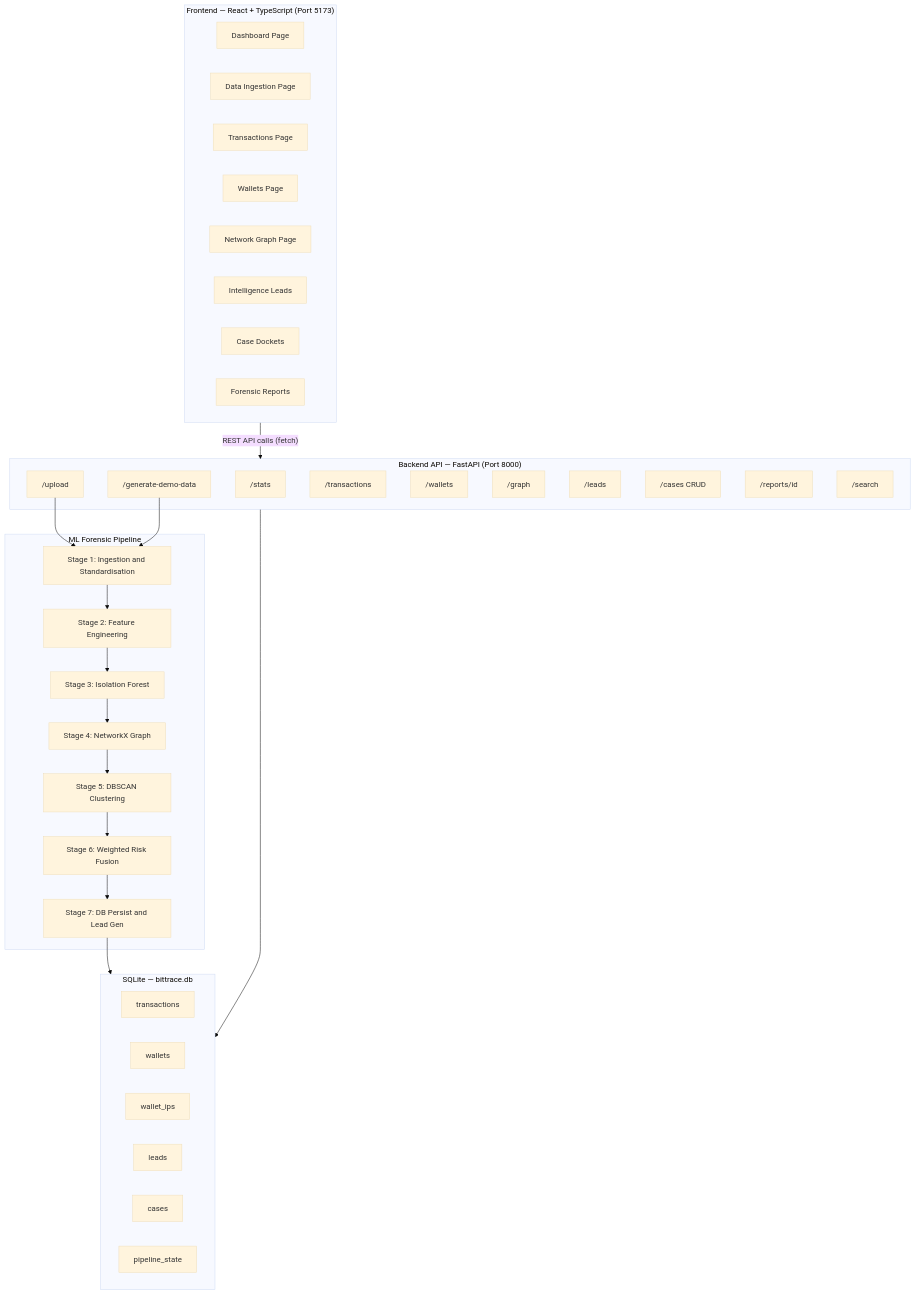
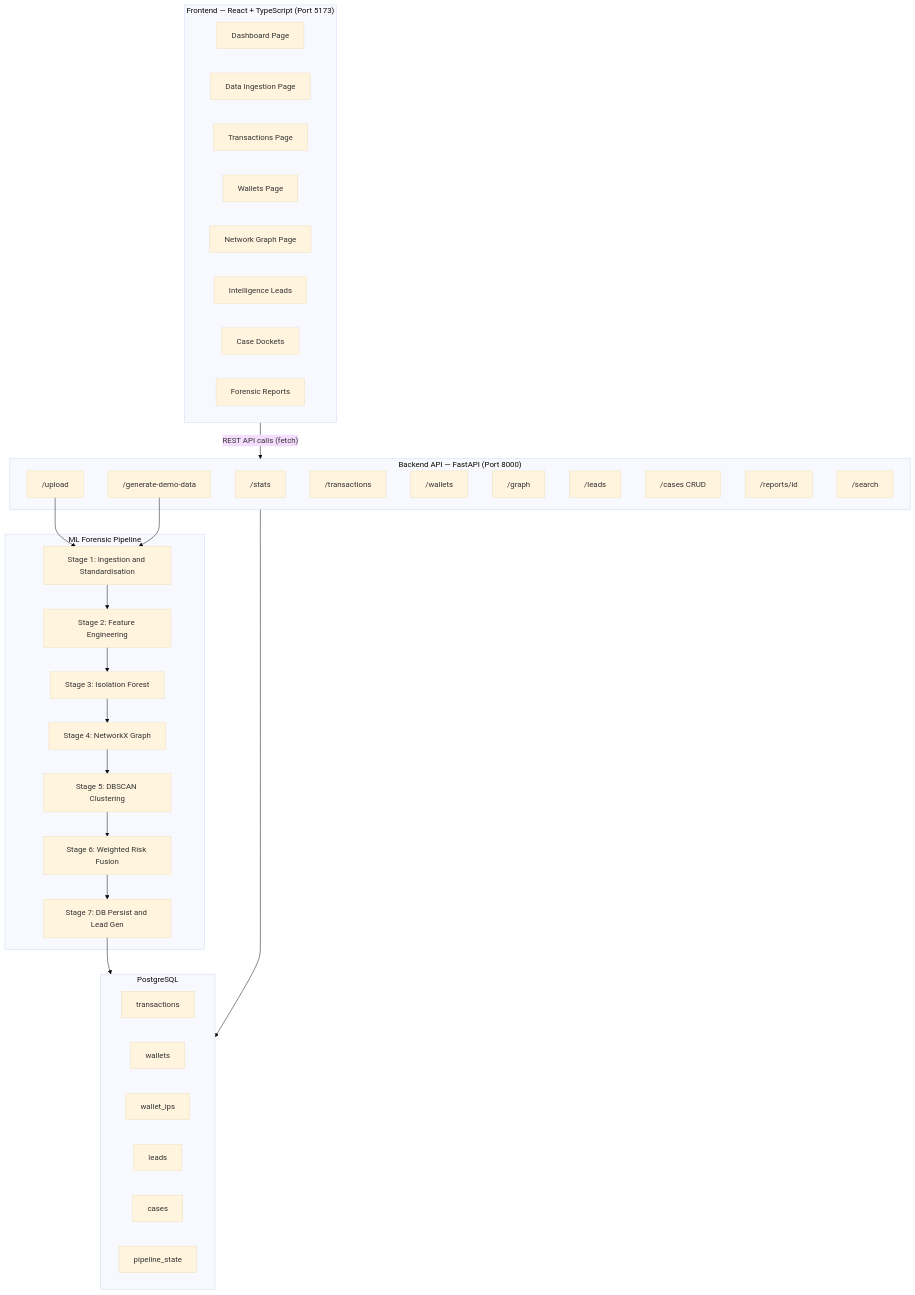
The first of 8 diagrams in README.md (bbhavya34/SIH-26146-BitTace), drawn with Mermaid (base theme) before and after one commit. The commit also changed other lines of this file and 7 other files, not shown here.

Commit message:
Migrate persistence to PostgreSQL

````diff
--- a/README.md
+++ b/README.md
@@ -43,52 +43,52 @@
 ```mermaid
 graph TB
     subgraph Frontend["Frontend — React + TypeScript (Port 5173)"]
         UI_DASH["Dashboard Page"]
         UI_ING["Data Ingestion Page"]
         UI_TX["Transactions Page"]
         UI_WAL["Wallets Page"]
         UI_GRAPH["Network Graph Page"]
         UI_LEADS["Intelligence Leads"]
         UI_CASES["Case Dockets"]
         UI_RPT["Forensic Reports"]
     end
 
     subgraph API["Backend API — FastAPI (Port 8000)"]
         EP_STATS["/stats"]
         EP_UPLOAD["/upload"]
         EP_DEMO["/generate-demo-data"]
         EP_TX["/transactions"]
         EP_WAL["/wallets"]
         EP_GRAPH["/graph"]
         EP_LEADS["/leads"]
         EP_CASES["/cases CRUD"]
         EP_REPORTS["/reports/id"]
         EP_SEARCH["/search"]
     end
 
     subgraph ML["ML Forensic Pipeline"]
         S1["Stage 1: Ingestion and Standardisation"]
         S2["Stage 2: Feature Engineering"]
         S3["Stage 3: Isolation Forest"]
         S4["Stage 4: NetworkX Graph"]
         S5["Stage 5: DBSCAN Clustering"]
         S6["Stage 6: Weighted Risk Fusion"]
         S7["Stage 7: DB Persist and Lead Gen"]
     end
 
-    subgraph DB["SQLite — bittrace.db"]
+    subgraph DB["PostgreSQL"]
         T_TX["transactions"]
         T_WAL["wallets"]
         T_IPS["wallet_ips"]
         T_LEADS["leads"]
         T_CASES["cases"]
         T_PIPE["pipeline_state"]
     end
 
     Frontend -- "REST API calls (fetch)" --> API
     EP_UPLOAD --> S1
     EP_DEMO --> S1
     S1 --> S2 --> S3 --> S4 --> S5 --> S6 --> S7
     S7 --> DB
     API --> DB
 ```
````
